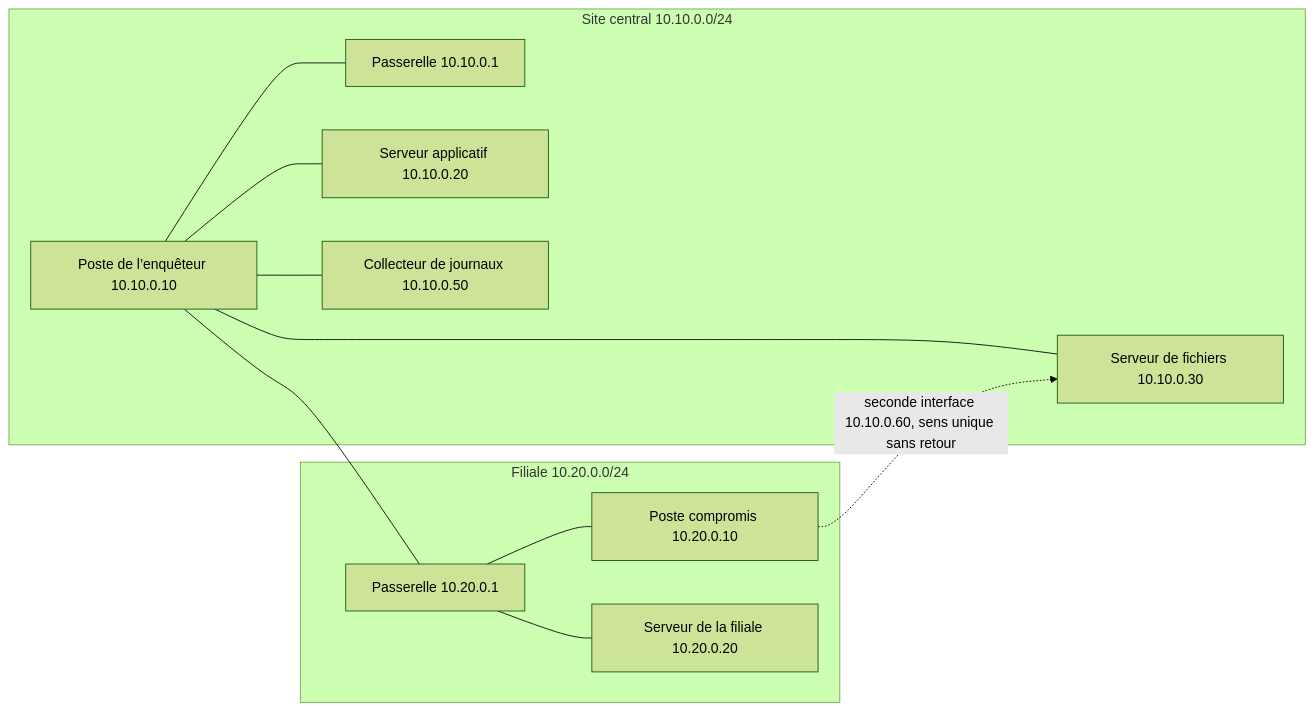
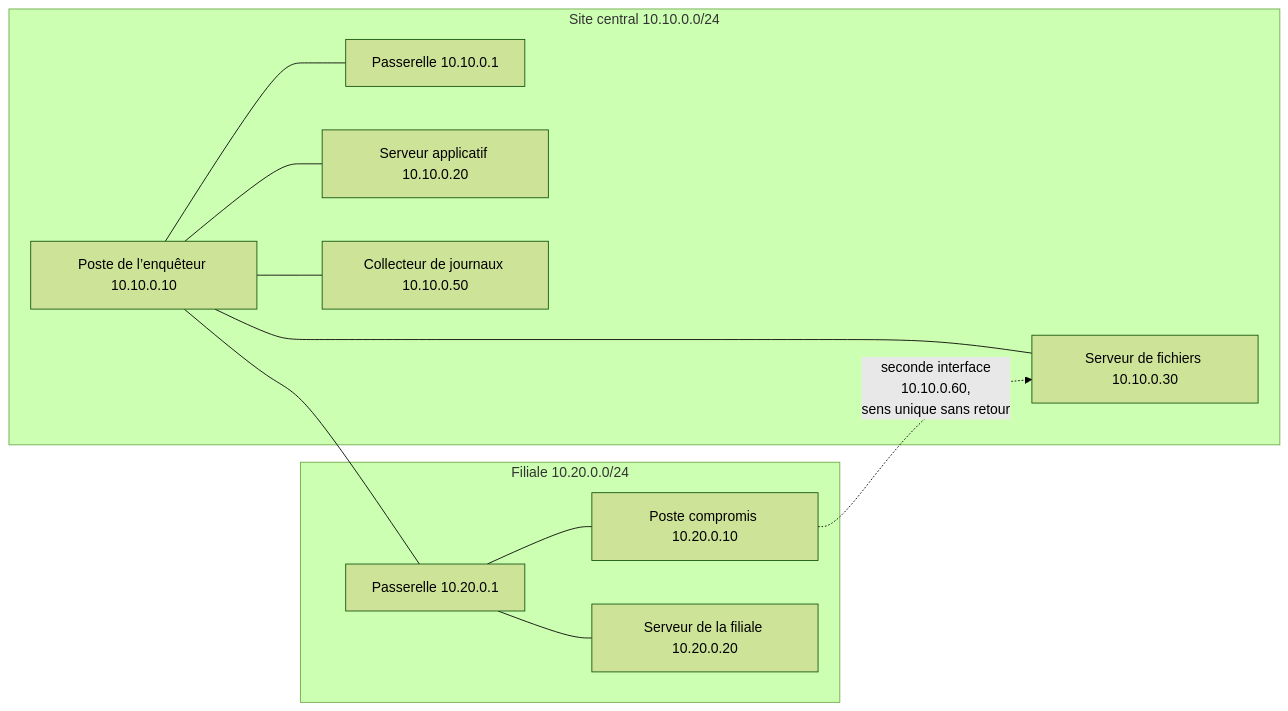
The first of 6 diagrams in jour-1.md (yugmerabtene/forensique-reseau-public), drawn with Mermaid (forest theme) before and after one commit. The commit also changed other lines of this file and 2 other files, not shown here.

Commit message:
Generation: rend les schemas lisibles et documente le demarrage du laboratoire

````diff
--- a/jour-1.md
+++ b/jour-1.md
@@ -170,23 +170,23 @@
 ```mermaid
 flowchart LR
   subgraph CENTRAL["Site central 10.10.0.0/24"]
     PW1["Passerelle 10.10.0.1"]
     ENQ["Poste de l’enquêteur 10.10.0.10"]
     APP["Serveur applicatif 10.10.0.20"]
     FIC["Serveur de fichiers 10.10.0.30"]
     COL["Collecteur de journaux 10.10.0.50"]
   end
   subgraph FILIALE["Filiale 10.20.0.0/24"]
     PW2["Passerelle 10.20.0.1"]
     CPN["Poste compromis 10.20.0.10"]
     FIL["Serveur de la filiale 10.20.0.20"]
   end
   ENQ --- PW1
   ENQ --- APP
   ENQ --- FIC
   ENQ --- COL
   ENQ --- PW2
   PW2 --- CPN
   PW2 --- FIL
-  CPN -.->|"seconde interface 10.10.0.60, sens unique sans retour"| FIC
+  CPN -.->|"seconde interface<br/>10.10.0.60,<br/>sens unique sans retour"| FIC
 ```
````
